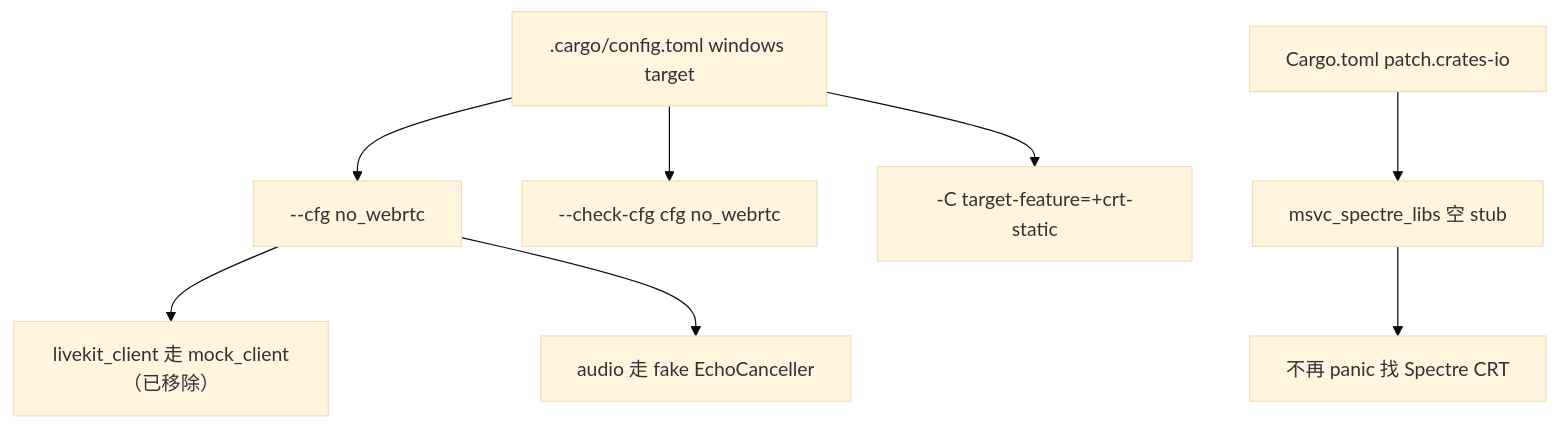
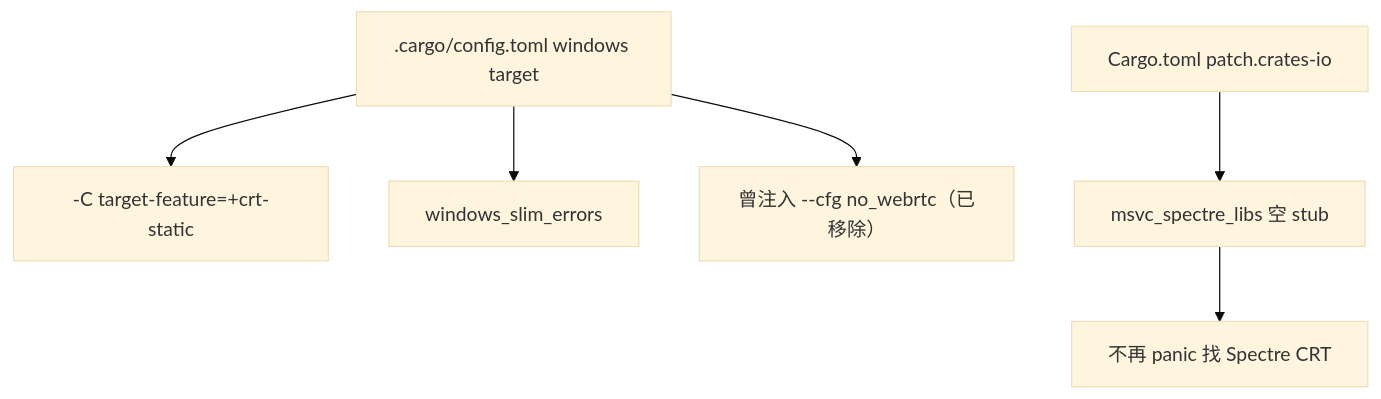
One commit to rzhangjing/zed changed the diagram in wiki/Building-on-Windows.md. Above: the diagram before and after it, drawn with Mermaid (base theme). The commit also changed other lines of this file and 38 other files, not shown here.

````diff
--- a/wiki/Building-on-Windows.md
+++ b/wiki/Building-on-Windows.md
@@ -18,10 +18,8 @@
 ```mermaid
 graph TB
-    CFG[.cargo/config.toml windows target] --> A[--cfg no_webrtc]
-    CFG --> B[--check-cfg cfg no_webrtc]
-    CFG --> C[-C target-feature=+crt-static]
-    A --> LK["livekit_client 走 mock_client（已移除）"]
-    A --> AU[audio 走 fake EchoCanceller]
+    CFG[.cargo/config.toml windows target] --> C[-C target-feature=+crt-static]
+    CFG --> D[windows_slim_errors]
+    CFG --> X[曾注入 --cfg no_webrtc（已移除）]
     PATCH[Cargo.toml patch.crates-io] --> SP[msvc_spectre_libs 空 stub]
     SP --> NOERR[不再 panic 找 Spectre CRT]
 ```
````
